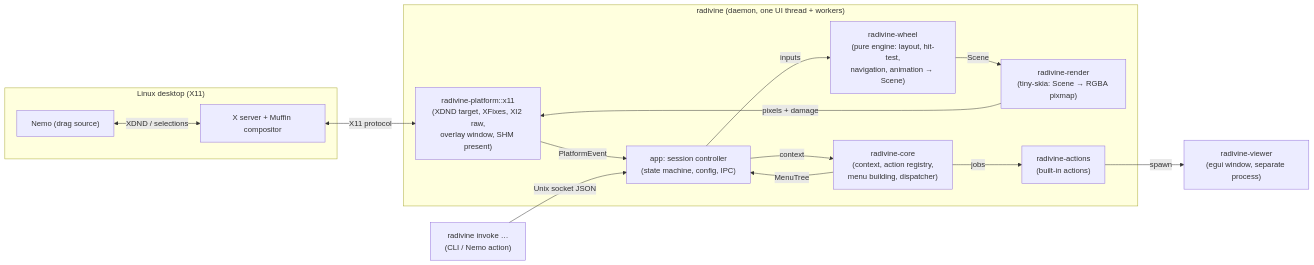
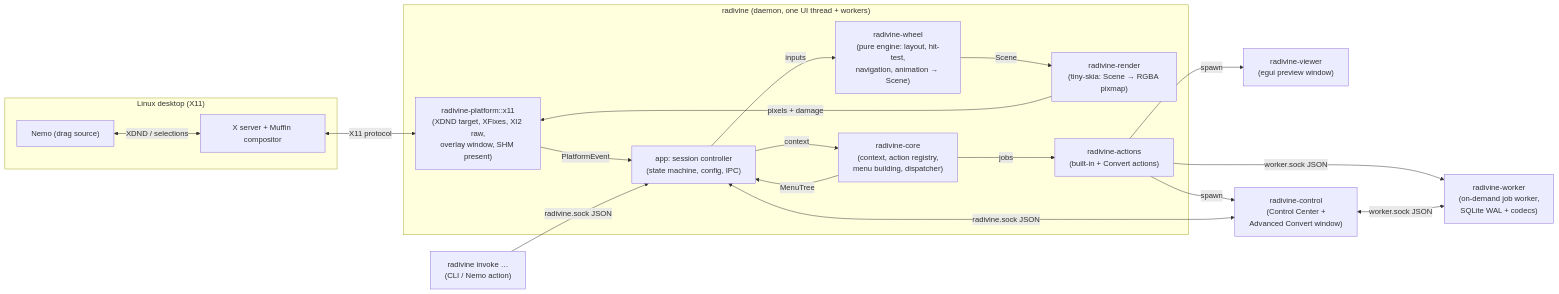
One commit to marawan6569/Radivine changed the first of 4 diagrams in docs/ARCHITECTURE.md. Above: the diagram before and after it, drawn with Mermaid. The commit also changed other lines of this file and 10 other files, not shown here.

Commit message:
docs: update architecture, action system, control center, testing strategy, and release docs for v0.2.0

````diff
--- a/docs/ARCHITECTURE.md
+++ b/docs/ARCHITECTURE.md
@@ -12,29 +12,35 @@
 ```mermaid
 flowchart LR
     subgraph Desktop["Linux desktop (X11)"]
         Nemo["Nemo (drag source)"]
         Xs["X server + Muffin compositor"]
     end
     subgraph Daemon["radivine (daemon, one UI thread + workers)"]
         P["radivine-platform::x11<br/>(XDND target, XFixes, XI2 raw,<br/>overlay window, SHM present)"]
         A["app: session controller<br/>(state machine, config, IPC)"]
         W["radivine-wheel<br/>(pure engine: layout, hit-test,<br/>navigation, animation → Scene)"]
         R["radivine-render<br/>(tiny-skia: Scene → RGBA pixmap)"]
         C["radivine-core<br/>(context, action registry,<br/>menu building, dispatcher)"]
-        AC["radivine-actions<br/>(built-in actions)"]
+        AC["radivine-actions<br/>(built-in + Convert actions)"]
     end
-    V["radivine-viewer<br/>(egui window, separate process)"]
+    V["radivine-viewer<br/>(egui preview window)"]
+    CC["radivine-control<br/>(Control Center +<br/>Advanced Convert window)"]
+    WK["radivine-worker<br/>(on-demand job worker,<br/>SQLite WAL + codecs)"]
     CLI["radivine invoke …<br/>(CLI / Nemo action)"]
 
     Nemo <-- XDND / selections --> Xs
     Xs <-- X11 protocol --> P
     P -- PlatformEvent --> A
     A -- inputs --> W
     W -- Scene --> R
     R -- pixels + damage --> P
     A -- context --> C
     C -- MenuTree --> A
     C -- jobs --> AC
     AC -- spawn --> V
-    CLI -- Unix socket JSON --> A
+    AC -- spawn --> CC
+    AC -- worker.sock JSON --> WK
+    CC <-- worker.sock JSON --> WK
+    CC <-- radivine.sock JSON --> A
+    CLI -- radivine.sock JSON --> A
 ```
````
